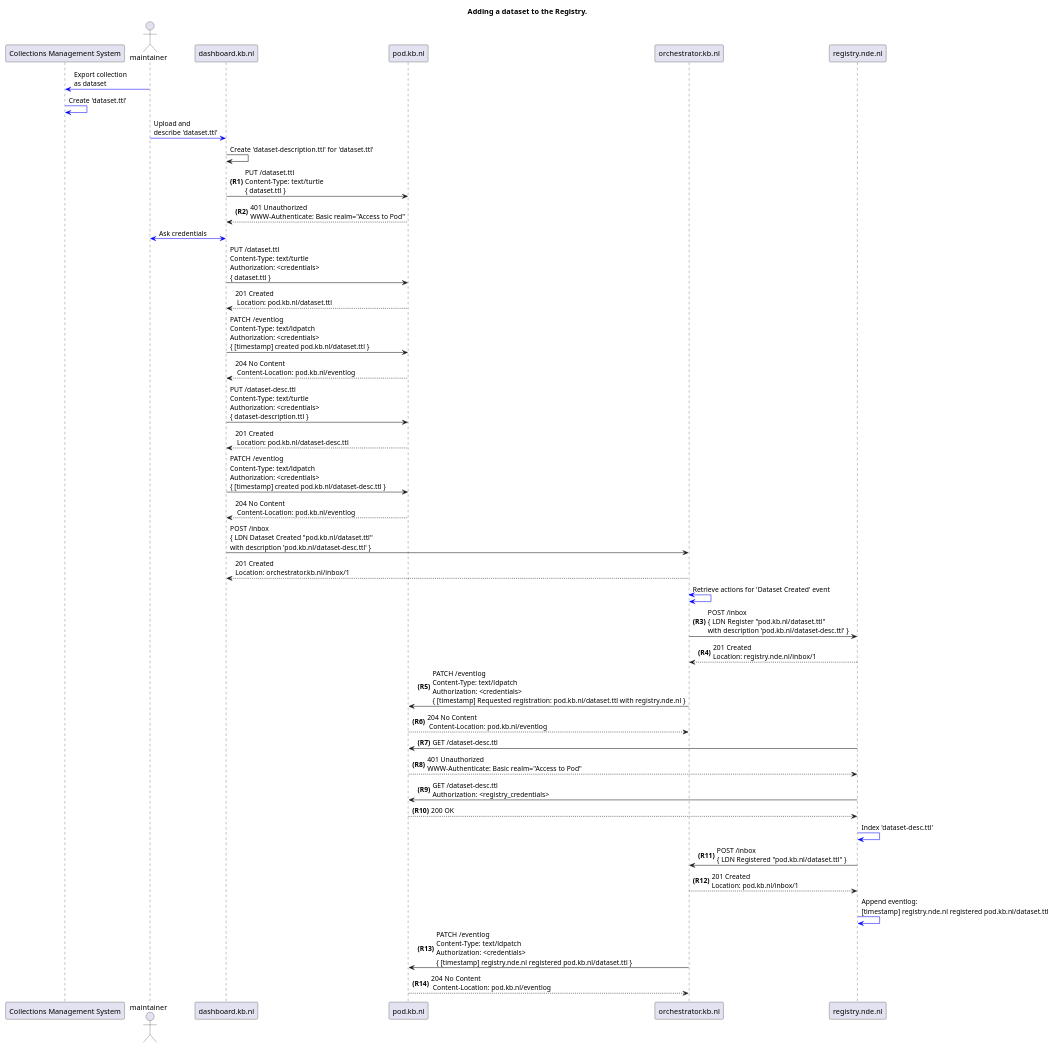
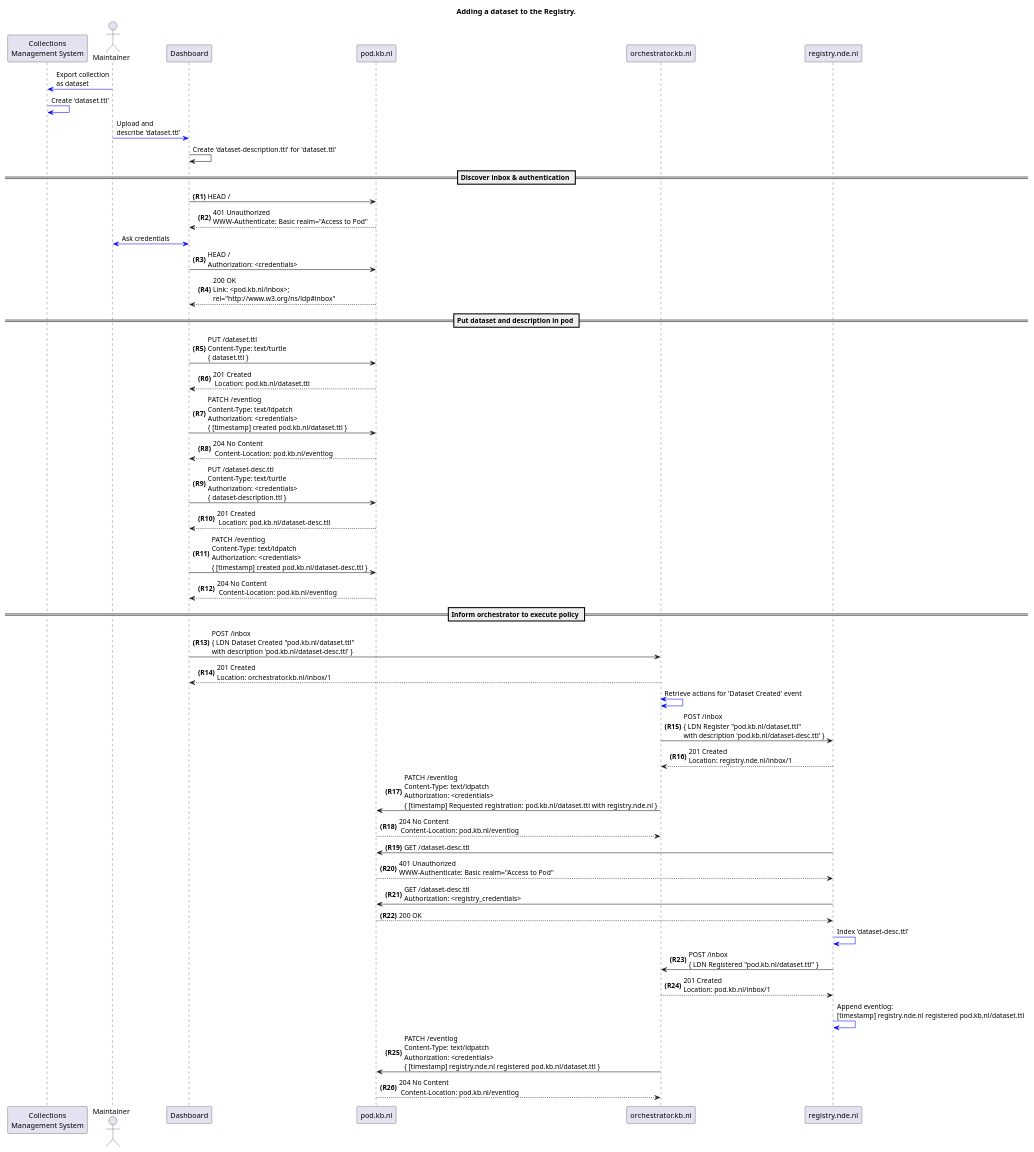
One commit to mielvds/erfgoedpod-sequences changed the diagram in new-dataset-sequence.puml. Above: the diagram before and after it, drawn with PlantUML. The commit also changed 11 other files, not shown here.

Commit message:
Add init sequence and update diagrams

```diff
--- a/new-dataset-sequence.puml
+++ b/new-dataset-sequence.puml
@@ -1,72 +1,83 @@
 @startuml
 
 title
  Adding a dataset to the Registry.
 end title
 
 
 autonumber "<b>(R0)"
-participant "Collections Management System" as CMS
-actor maintainer as Maintainer 
-participant dashboard.kb.nl as D
+participant "Collections\nManagement System" as CMS
+actor Maintainer as Maintainer 
+participant Dashboard as D
 participant pod.kb.nl as Pod
 participant orchestrator.kb.nl as O
 participant registry.nde.nl as R
 
 autonumber stop
 Maintainer -[#0000FF]> CMS: Export collection\nas dataset
 CMS -[#0000FF]> CMS: Create 'dataset.ttl'
 
 Maintainer -[#0000FF]> D: Upload and\ndescribe 'dataset.ttl'
 D -> D: Create 'dataset-description.ttl' for 'dataset.ttl'
 
-autonumber resume
-D -> Pod : PUT /dataset.ttl\nContent-Type: text/turtle\n{ dataset.ttl }
+== Discover inbox & authentication ==
+
+autonumber resume  
+D -> Pod : HEAD /
 D <-- Pod : 401 Unauthorized\nWWW-Authenticate: Basic realm="Access to Pod"
+
 autonumber stop
 D <-[#0000FF]> Maintainer : Ask credentials
 
-D -> Pod : PUT /dataset.ttl\nContent-Type: text/turtle\nAuthorization: <credentials>\n{ dataset.ttl }
+autonumber resume
+D -> Pod : HEAD /\nAuthorization: <credentials>
+D <-- Pod: 200 OK\nLink: <pod.kb.nl/inbox>;\nrel="http://www.w3.org/ns/ldp#inbox"
+
+== Put dataset and description in pod ==
+
+D -> Pod : PUT /dataset.ttl\nContent-Type: text/turtle\n{ dataset.ttl }
 D <-- Pod : 201 Created\n Location: pod.kb.nl/dataset.ttl
 
 D -> Pod : PATCH /eventlog\nContent-Type: text/ldpatch\nAuthorization: <credentials>\n{ [timestamp] created pod.kb.nl/dataset.ttl }
 D <-- Pod : 204 No Content\n Content-Location: pod.kb.nl/eventlog
 
 D -> Pod : PUT /dataset-desc.ttl\nContent-Type: text/turtle\nAuthorization: <credentials>\n{ dataset-description.ttl }
 D <-- Pod : 201 Created\n Location: pod.kb.nl/dataset-desc.ttl
 
 D -> Pod : PATCH /eventlog\nContent-Type: text/ldpatch\nAuthorization: <credentials>\n{ [timestamp] created pod.kb.nl/dataset-desc.ttl }
 D <-- Pod : 204 No Content\n Content-Location: pod.kb.nl/eventlog
+
+== Inform orchestrator to execute policy ==
 
 D -> O: POST /inbox\n{ LDN Dataset Created "pod.kb.nl/dataset.ttl"\nwith description 'pod.kb.nl/dataset-desc.ttl' }
 D <-- O: 201 Created\nLocation: orchestrator.kb.nl/inbox/1
 
 autonumber stop
 O <-[#0000FF]> O: Retrieve actions for 'Dataset Created' event
 
 autonumber resume
 O -> R: POST /inbox\n{ LDN Register "pod.kb.nl/dataset.ttl"\nwith description 'pod.kb.nl/dataset-desc.ttl' }
 O <-- R: 201 Created\nLocation: registry.nde.nl/inbox/1
 O -> Pod : PATCH /eventlog\nContent-Type: text/ldpatch\nAuthorization: <credentials>\n{ [timestamp] Requested registration: pod.kb.nl/dataset.ttl with registry.nde.nl }
 O <-- Pod : 204 No Content\n Content-Location: pod.kb.nl/eventlog
 
 R -> Pod: GET /dataset-desc.ttl
 R <-- Pod : 401 Unauthorized\nWWW-Authenticate: Basic realm="Access to Pod"
 R -> Pod: GET /dataset-desc.ttl\nAuthorization: <registry_credentials>
 R <-- Pod: 200 OK
 
 autonumber stop
 R -[#0000FF]> R: Index 'dataset-desc.ttl'
 
 autonumber resume
 R -> O: POST /inbox\n{ LDN Registered "pod.kb.nl/dataset.ttl" }
 R <-- O: 201 Created\nLocation: pod.kb.nl/inbox/1
 
 autonumber stop
 R -[#0000FF]> R: Append eventlog:\n[timestamp] registry.nde.nl registered pod.kb.nl/dataset.ttl
 
 autonumber resume
 O -> Pod : PATCH /eventlog\nContent-Type: text/ldpatch\nAuthorization: <credentials>\n{ [timestamp] registry.nde.nl registered pod.kb.nl/dataset.ttl }
 O <-- Pod : 204 No Content\n Content-Location: pod.kb.nl/eventlog
 
 @enduml
```
